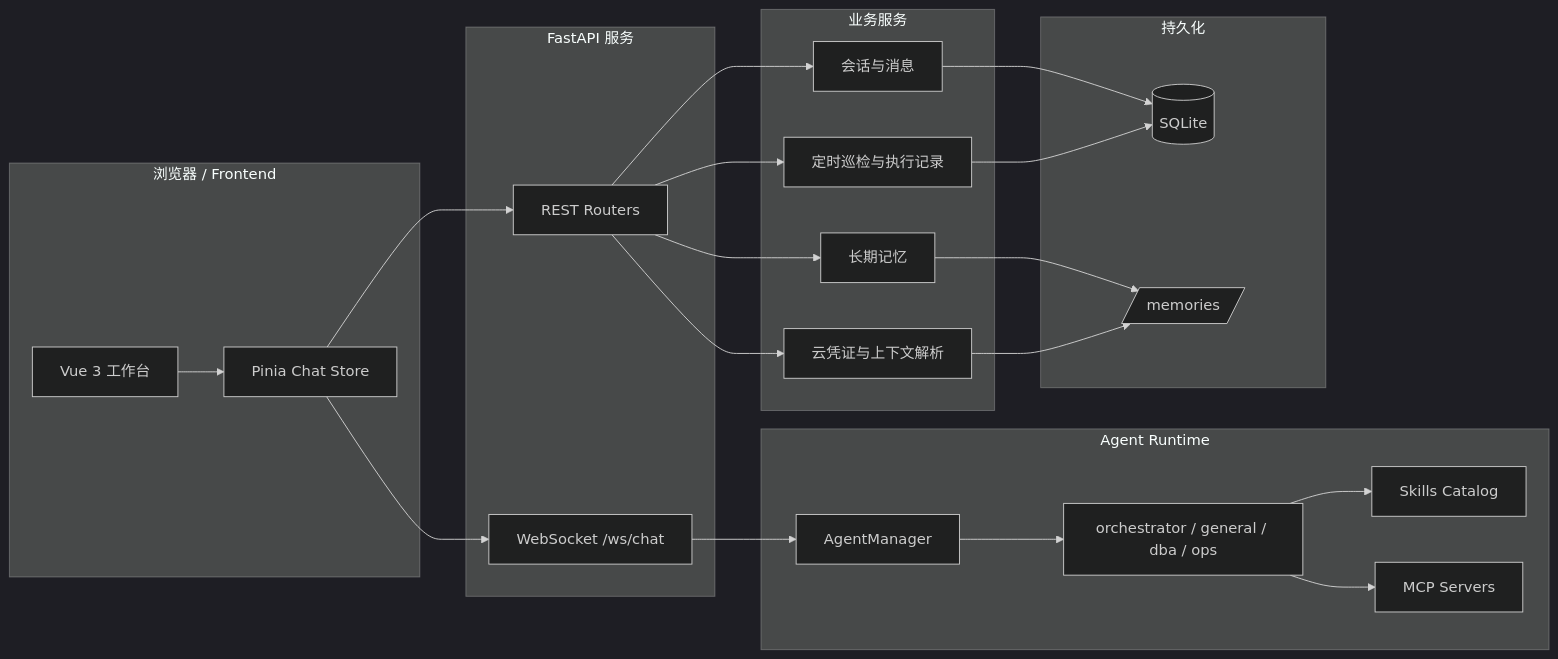
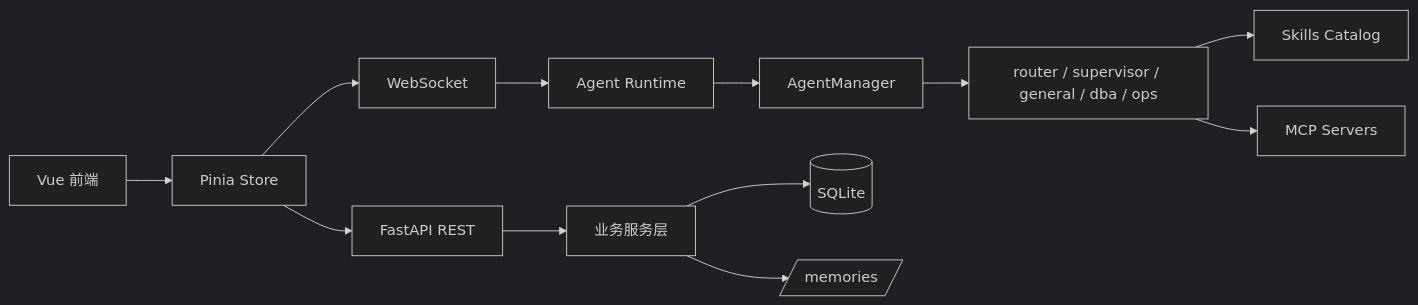
Before and after one commit to pycjava/ops-skills-agent-demo: the diagram in docs/system-desigin/project-overall-design.md, drawn with Mermaid (dark theme). The commit also changed other lines of this file and 36 other files, not shown here.

````diff
--- a/docs/system-desigin/project-overall-design.md
+++ b/docs/system-desigin/project-overall-design.md
@@ -16,47 +9,17 @@
 ```mermaid
 flowchart LR
-    subgraph Browser[浏览器 / Frontend]
-        UI[Vue 3 工作台]
-        Store[Pinia Chat Store]
-    end
+    UI[Vue 前端] --> Store[Pinia Store]
+    Store --> REST[FastAPI REST]
+    Store --> WS[WebSocket]
 
-    subgraph API[FastAPI 服务]
-        REST[REST Routers]
-        WS[WebSocket /ws/chat]
-    end
+    REST --> Service[业务服务层]
+    WS --> Runtime[Agent Runtime]
 
-    subgraph Runtime[Agent Runtime]
-        Manager[AgentManager]
-        Profiles[orchestrator / general / dba / ops]
-        Skills[Skills Catalog]
-        MCP[MCP Servers]
-    end
+    Runtime --> Manager[AgentManager]
+    Manager --> Profiles[router / supervisor / general / dba / ops]
+    Profiles --> Skills[Skills Catalog]
+    Profiles --> MCP[MCP Servers]
 
-    subgraph Service[业务服务]
-        Conv[会话与消息]
-        Task[定时巡检与执行记录]
-        Memory[长期记忆]
-        Cloud[云凭证与上下文解析]
-    end
-
-    subgraph Data[持久化]
-        SQLite[(SQLite)]
-        Memories[/memories/]
-    end
-
-    UI --> Store
-    Store --> REST
-    Store --> WS
-    REST --> Conv
-    REST --> Task
-    REST --> Memory
-    REST --> Cloud
-    WS --> Manager
-    Manager --> Profiles
-    Profiles --> Skills
-    Profiles --> MCP
-    Conv --> SQLite
-    Task --> SQLite
-    Memory --> Memories
-    Cloud --> Memories
+    Service --> SQLite[(SQLite)]
+    Service --> Memories[/memories/]
 ```
````
